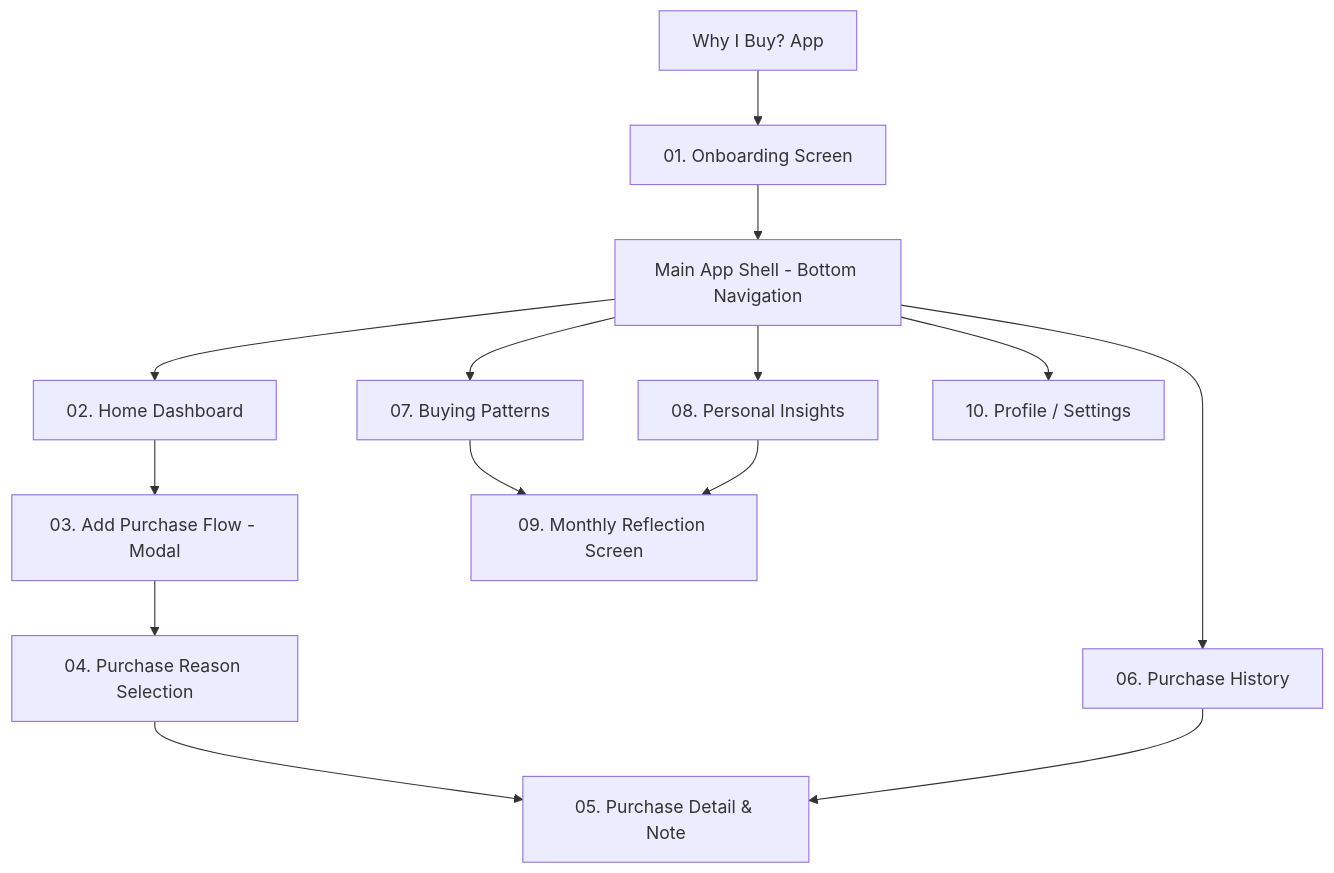
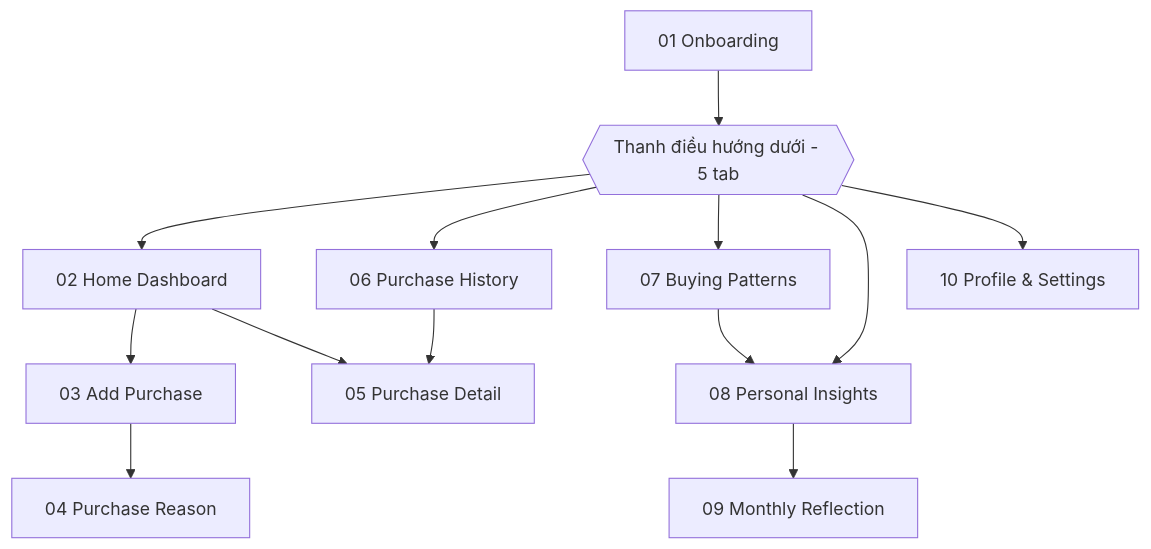
Before and after one commit to hoanghuan2005/prm393_lab02: the first of 4 diagrams in ux/user-flow.md, drawn with Mermaid. The commit also changed other lines of this file, not shown here.

Commit message:
Add information architecture and user flows

````diff
--- a/ux/user-flow.md
+++ b/ux/user-flow.md
@@ -15,21 +28,14 @@
 ```mermaid
-graph TD
-    App[Why I Buy? App] --> Onboarding[01. Onboarding Screen]
-    Onboarding --> MainApp[Main App Shell - Bottom Navigation]
-
-    MainApp --> Home[02. Home Dashboard]
-    MainApp --> History[06. Purchase History]
-    MainApp --> Patterns[07. Buying Patterns]
-    MainApp --> Insights[08. Personal Insights]
-    MainApp --> Profile[10. Profile / Settings]
-
-    %% Sub-screens and Action Flows
-    Home --> AddPurchase[03. Add Purchase Flow - Modal]
-    AddPurchase --> PurchaseReason[04. Purchase Reason Selection]
-    PurchaseReason --> PurchaseDetail[05. Purchase Detail & Note]
-
-    History --> PurchaseDetail
-
-    Patterns --> MonthlyReflection[09. Monthly Reflection Screen]
-    Insights --> MonthlyReflection
+flowchart TD
+    S01[01 Onboarding] --> NAV{{Thanh điều hướng dưới - 5 tab}}
+    NAV --> S02[02 Home Dashboard]
+    NAV --> S06[06 Purchase History]
+    NAV --> S07[07 Buying Patterns]
+    NAV --> S08[08 Personal Insights]
+    NAV --> S10[10 Profile & Settings]
+    S02 --> S03[03 Add Purchase] --> S04[04 Purchase Reason]
+    S02 --> S05[05 Purchase Detail]
+    S06 --> S05
+    S07 --> S08
+    S08 --> S09[09 Monthly Reflection]
 ```
````
